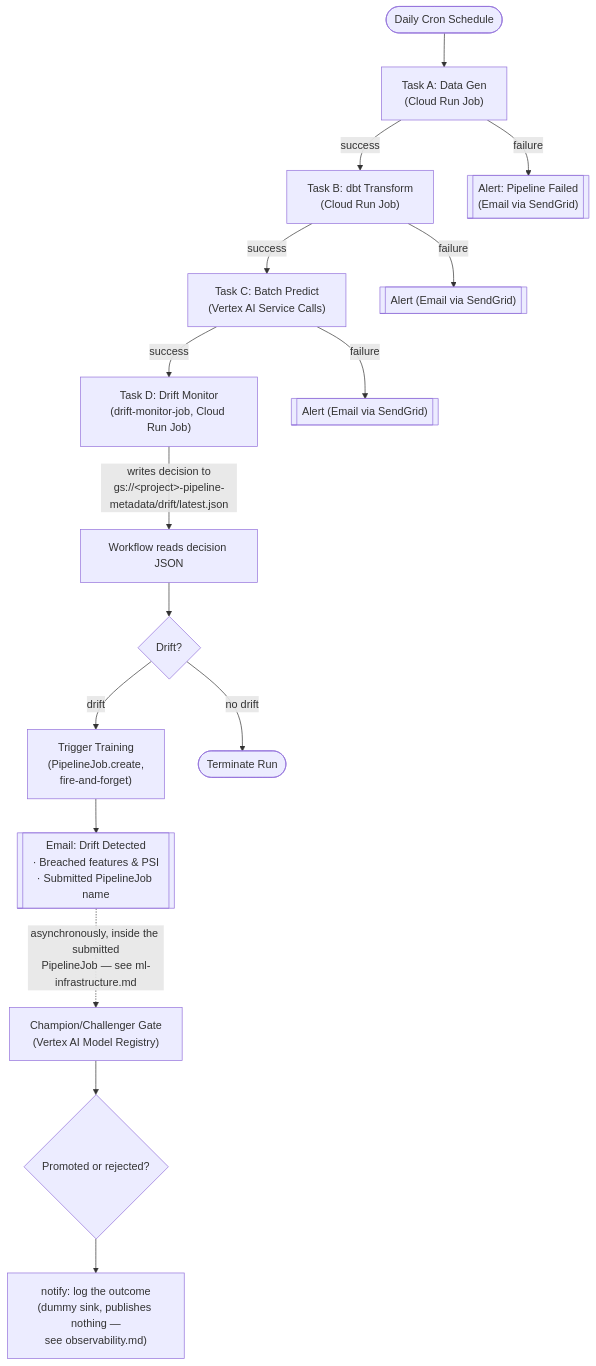
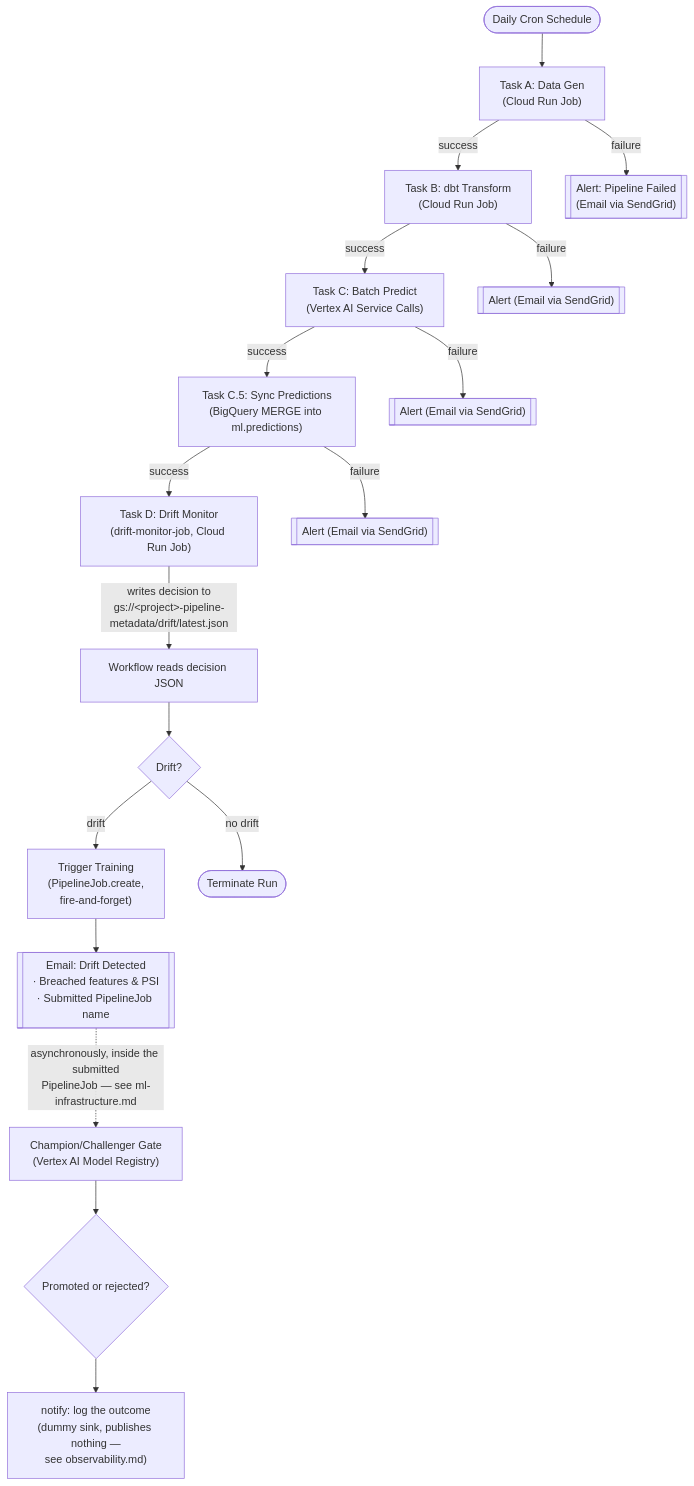
One commit to marcopellegrinoit/gcp-mlops-customer-churn changed the diagram in docs/orchestration.md. Above: the diagram before and after it, drawn with Mermaid. The commit also changed other lines of this file and 7 other files, not shown here.

````diff
--- a/docs/orchestration.md
+++ b/docs/orchestration.md
@@ -26,25 +27,28 @@
 ```mermaid
 flowchart TD
     START([Daily Cron Schedule]) --> A["Task A: Data Gen<br/>(Cloud Run Job)"]
 
     A -->|success| B["Task B: dbt Transform<br/>(Cloud Run Job)"]
     A -->|failure| ALERT_A[["Alert: Pipeline Failed<br/>(Email via SendGrid)"]]
 
     B -->|success| C["Task C: Batch Predict<br/>(Vertex AI Service Calls)"]
     B -->|failure| ALERT_B[["Alert (Email via SendGrid)"]]
 
-    C -->|success| D["Task D: Drift Monitor<br/>(drift-monitor-job, Cloud Run Job)"]
+    C -->|success| SYNC["Task C.5: Sync Predictions<br/>(BigQuery MERGE into ml.predictions)"]
     C -->|failure| ALERT_C[["Alert (Email via SendGrid)"]]
+
+    SYNC -->|success| D["Task D: Drift Monitor<br/>(drift-monitor-job, Cloud Run Job)"]
+    SYNC -->|failure| ALERT_SYNC[["Alert (Email via SendGrid)"]]
 
     D -->|"writes decision to<br/>gs://&lt;project&gt;-pipeline-metadata/drift/latest.json"| READ[Workflow reads decision JSON]
     READ --> DRIFT{Drift?}
 
     DRIFT -->|drift| TRAIN["Trigger Training<br/>(PipelineJob.create,<br/>fire-and-forget)"]
     DRIFT -->|no drift| TERM([Terminate Run])
 
     TRAIN --> EMAIL[["Email: Drift Detected<br/>· Breached features & PSI<br/>· Submitted PipelineJob name"]]
 
     EMAIL -.->|"asynchronously, inside the submitted<br/>PipelineJob — see ml-infrastructure.md"| GATE["Champion/Challenger Gate<br/>(Vertex AI Model Registry)"]
     GATE --> PROMO{Promoted or rejected?}
     PROMO --> NOTIFY["notify: log the outcome<br/>(dummy sink, publishes nothing —<br/>see observability.md)"]
 ```
````
